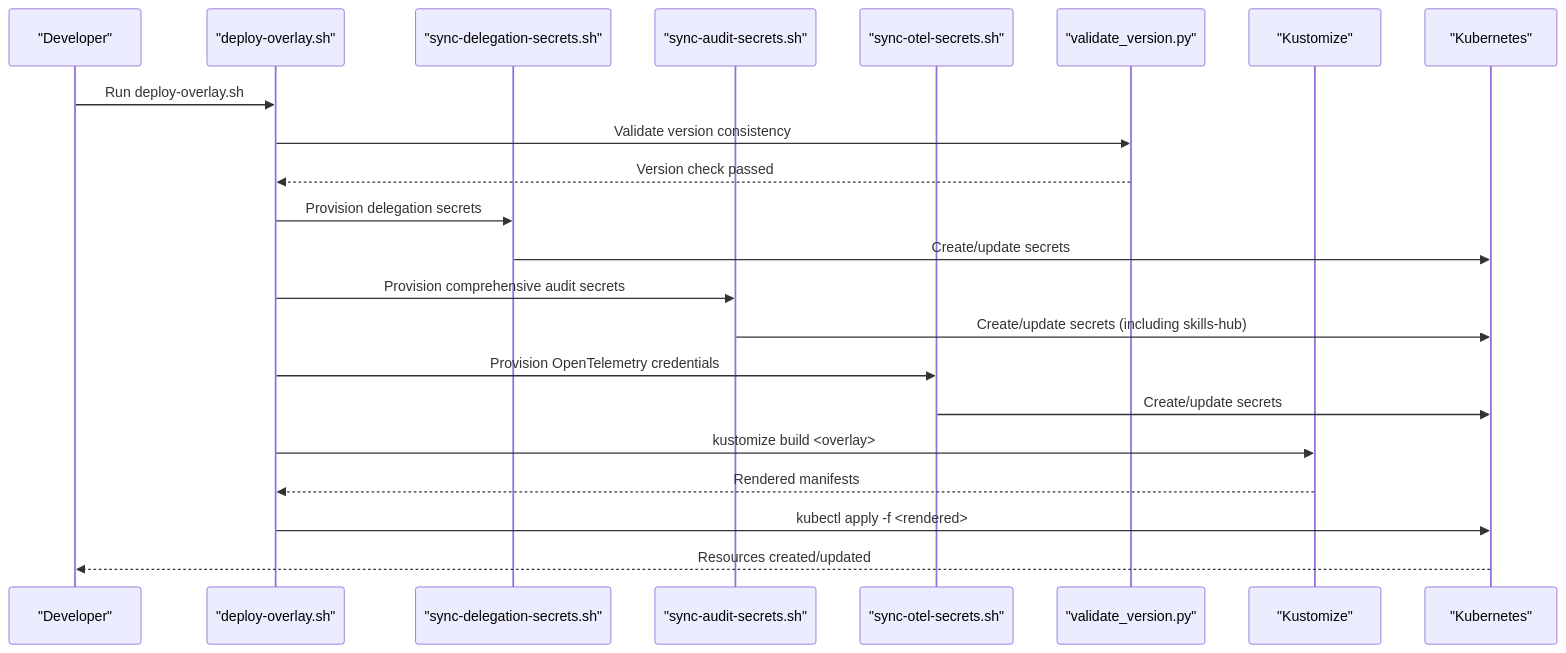
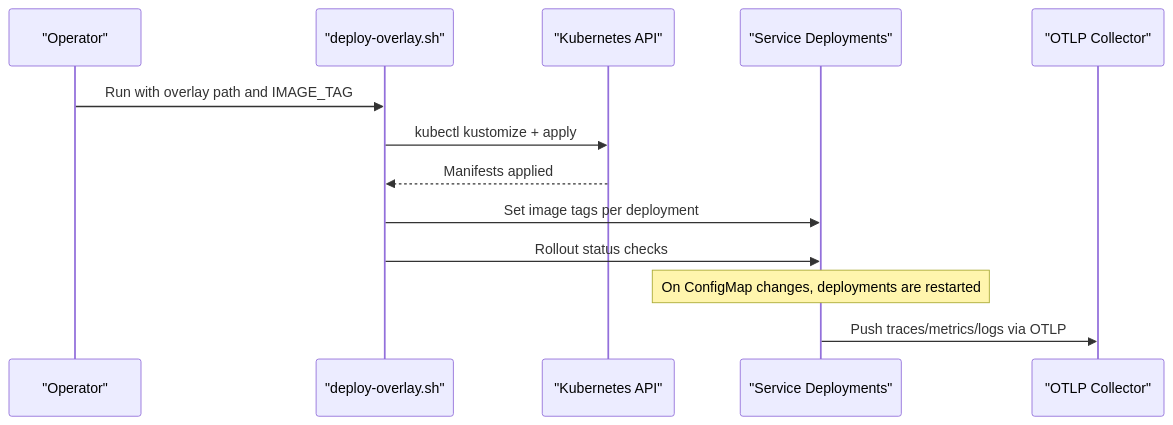
One commit to metasync/luban-aiops changed the second of 4 diagrams in .qoder/repowiki/en/content/Deployment and Operations/Deployment and Operations.md. Above: the diagram before and after it, drawn with Mermaid. The commit also changed other lines of this file and 843 other files, not shown here.

````diff
--- a/.qoder/repowiki/en/content/Deployment and Operations/Deployment and Operations.md
+++ b/.qoder/repowiki/en/content/Deployment and Operations/Deployment and Operations.md
@@ -446,24 +85,15 @@
 ```mermaid
 sequenceDiagram
-participant Dev as "Developer"
-participant Script as "deploy-overlay.sh"
-participant Delegation as "sync-delegation-secrets.sh"
-participant Audit as "sync-audit-secrets.sh"
-participant OTel as "sync-otel-secrets.sh"
-participant Version as "validate_version.py"
-participant Kustomize as "Kustomize"
-participant K8s as "Kubernetes"
-Dev->>Script : Run deploy-overlay.sh
-Script->>Version : Validate version consistency
-Version-->>Script : Version check passed
-Script->>Delegation : Provision delegation secrets
-Delegation->>K8s : Create/update secrets
-Script->>Audit : Provision comprehensive audit secrets
-Audit->>K8s : Create/update secrets (including skills-hub)
-Script->>OTel : Provision OpenTelemetry credentials
-OTel->>K8s : Create/update secrets
-Script->>Kustomize : kustomize build <overlay>
-Kustomize-->>Script : Rendered manifests
-Script->>K8s : kubectl apply -f <rendered>
-K8s-->>Dev : Resources created/updated
+participant Dev as "Operator"
+participant GitOps as "deploy-overlay.sh"
+participant K8s as "Kubernetes API"
+participant Apps as "Service Deployments"
+participant OTel as "OTLP Collector"
+Dev->>GitOps : Run with overlay path and IMAGE_TAG
+GitOps->>K8s : kubectl kustomize + apply
+K8s-->>GitOps : Manifests applied
+GitOps->>Apps : Set image tags per deployment
+GitOps->>Apps : Rollout status checks
+Note over Apps : On ConfigMap changes, deployments are restarted
+Apps->>OTel : Push traces/metrics/logs via OTLP
 ```
````
